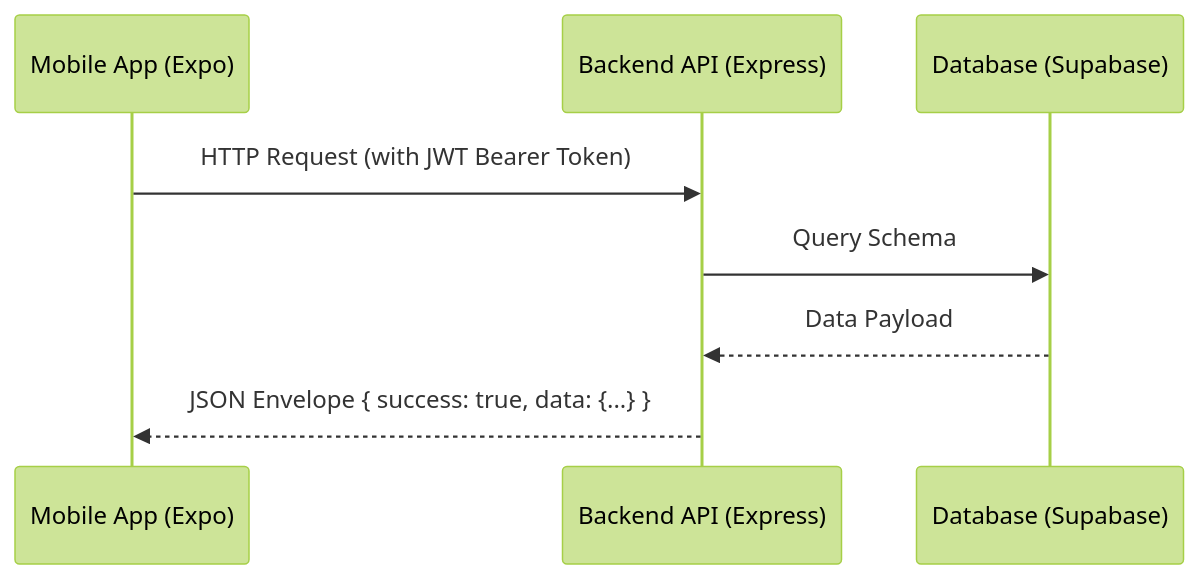
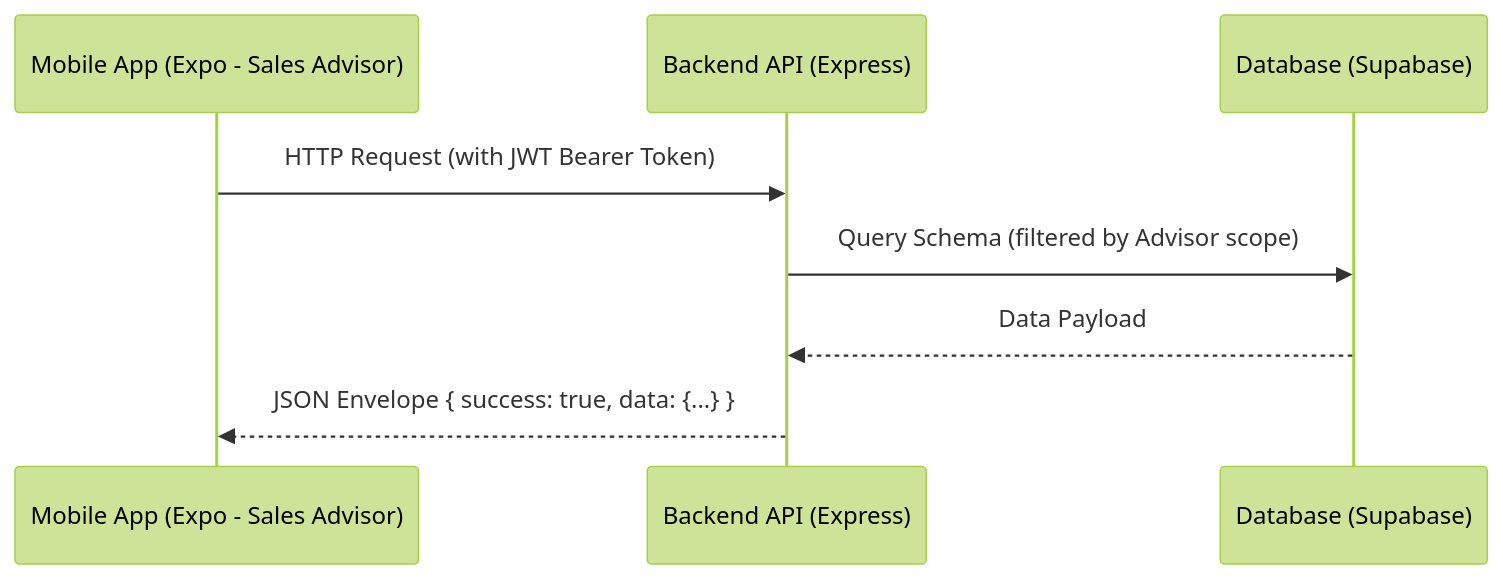
The diagram in docs/MOBILE_BACKEND_INTEGRATION.md (Bopacorp/bopacorp-mobile), drawn with Mermaid (forest theme) before and after one commit. The commit also changed other lines of this file and 6 other files, not shown here.

Commit message:
feat(mobile): integrate backend API and restrict role to advisor only

````diff
--- a/docs/MOBILE_BACKEND_INTEGRATION.md
+++ b/docs/MOBILE_BACKEND_INTEGRATION.md
@@ -9,11 +11,11 @@
 ```mermaid
 sequenceDiagram
-    participant Mobile as Mobile App (Expo)
+    participant Mobile as Mobile App (Expo - Sales Advisor)
     participant API as Backend API (Express)
     participant DB as Database (Supabase)
 
     Mobile->>API: HTTP Request (with JWT Bearer Token)
-    API->>DB: Query Schema
+    API->>DB: Query Schema (filtered by Advisor scope)
     DB-->>API: Data Payload
     API-->>Mobile: JSON Envelope { success: true, data: {...} }
 ```
````
